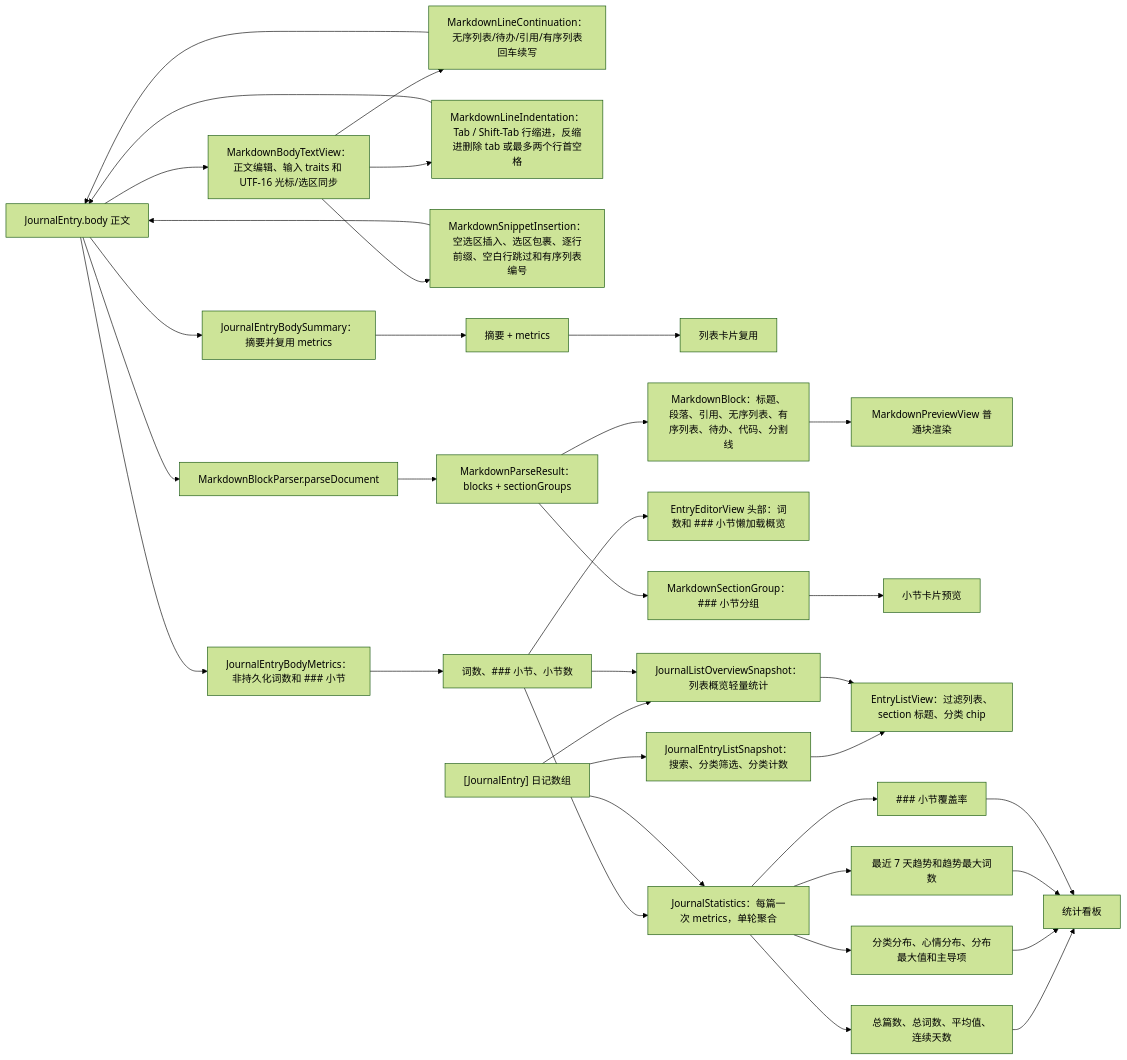
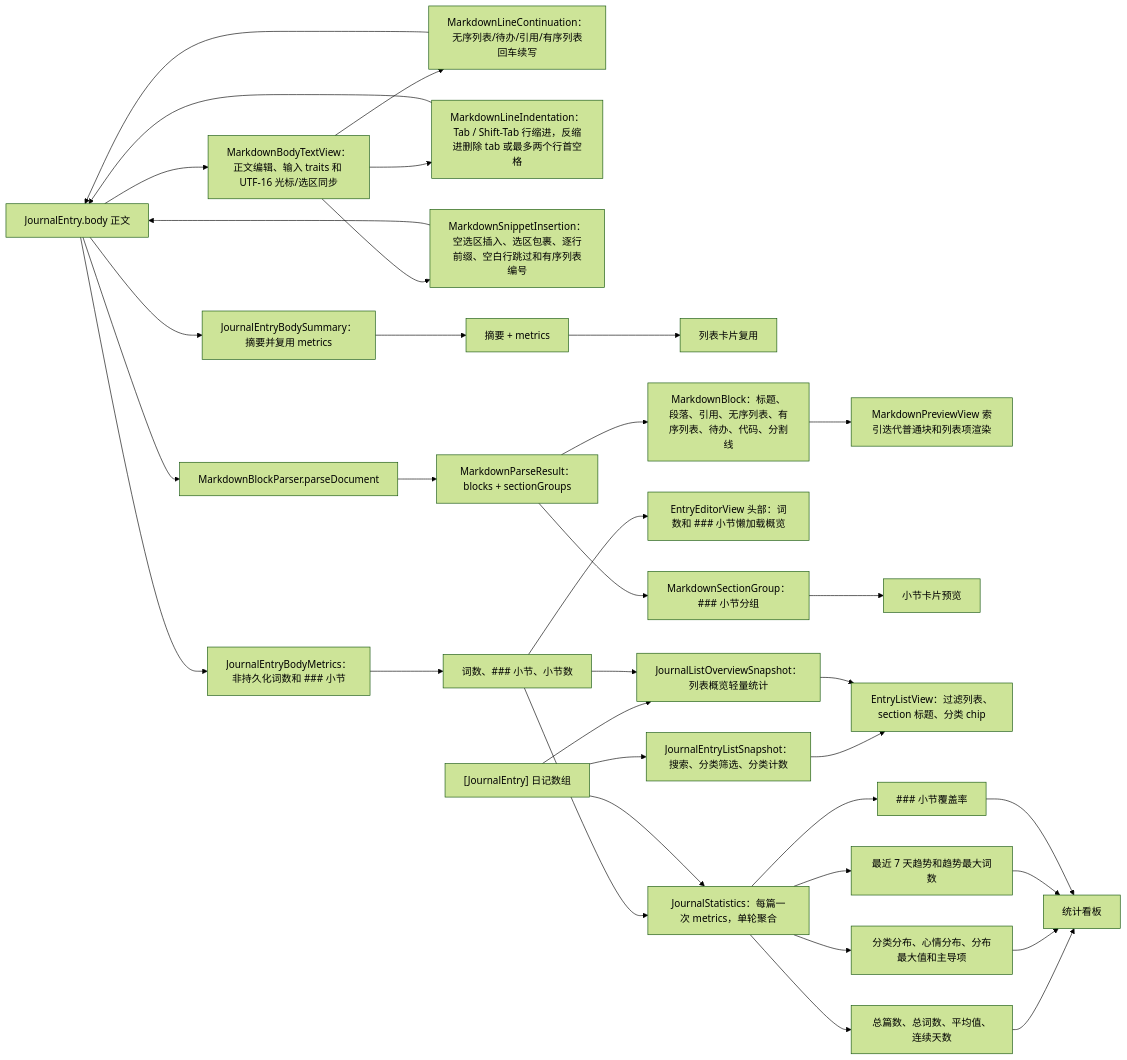
One commit to Altman-sam114/117 changed the fourth of 6 diagrams in md/flow/flowchart.md. Above: the diagram before and after it, drawn with Mermaid (forest theme). The commit also changed other lines of this file and 7 other files, not shown here.

````diff
--- a/md/flow/flowchart.md
+++ b/md/flow/flowchart.md
@@ -121,37 +121,37 @@
 ```mermaid
 flowchart LR
   Body["JournalEntry.body 正文"] --> MetricsNode2["JournalEntryBodyMetrics：非持久化词数和 ### 小节"]
   Body --> Summary["JournalEntryBodySummary：摘要并复用 metrics"]
   Body --> BodyText["MarkdownBodyTextView：正文编辑、输入 traits 和 UTF-16 光标/选区同步"]
   BodyText --> ContinueRule["MarkdownLineContinuation：无序列表/待办/引用/有序列表回车续写"]
   ContinueRule --> Body
   BodyText --> IndentRule["MarkdownLineIndentation：Tab / Shift-Tab 行缩进，反缩进删除 tab 或最多两个行首空格"]
   IndentRule --> Body
   BodyText --> InsertRule["MarkdownSnippetInsertion：空选区插入、选区包裹、逐行前缀、空白行跳过和有序列表编号"]
   InsertRule --> Body
   MetricsNode2 --> MetricsData["词数、### 小节、小节数"]
   Summary --> Excerpt["摘要 + metrics"]
   Excerpt --> RowEditor["列表卡片复用"]
   MetricsData --> Statistics["JournalStatistics：每篇一次 metrics，单轮聚合"]
   MetricsData --> EditorHeader["EntryEditorView 头部：词数和 ### 小节懒加载概览"]
   Body --> Parse["MarkdownBlockParser.parseDocument"]
   Parse --> Result["MarkdownParseResult：blocks + sectionGroups"]
   Result --> Blocks["MarkdownBlock：标题、段落、引用、无序列表、有序列表、待办、代码、分割线"]
-  Blocks --> Preview["MarkdownPreviewView 普通块渲染"]
+  Blocks --> Preview["MarkdownPreviewView 索引迭代普通块和列表项渲染"]
   Result --> Sections["MarkdownSectionGroup：### 小节分组"]
   Sections --> SectionPreview["小节卡片预览"]
   Entries["[JournalEntry] 日记数组"] --> Statistics
   Entries --> ListSnapshot2["JournalEntryListSnapshot：搜索、分类筛选、分类计数"]
   ListSnapshot2 --> ListView["EntryListView：过滤列表、section 标题、分类 chip"]
   Entries --> ListOverview2["JournalListOverviewSnapshot：列表概览轻量统计"]
   MetricsData --> ListOverview2
   ListOverview2 --> ListView
   Statistics --> Metrics["总篇数、总词数、平均值、连续天数"]
   Statistics --> Distributions["分类分布、心情分布、分布最大值和主导项"]
   Statistics --> Trend["最近 7 天趋势和趋势最大词数"]
   Statistics --> Coverage["### 小节覆盖率"]
   Metrics --> Dashboard["统计看板"]
   Distributions --> Dashboard
   Trend --> Dashboard
   Coverage --> Dashboard
 ```
````
